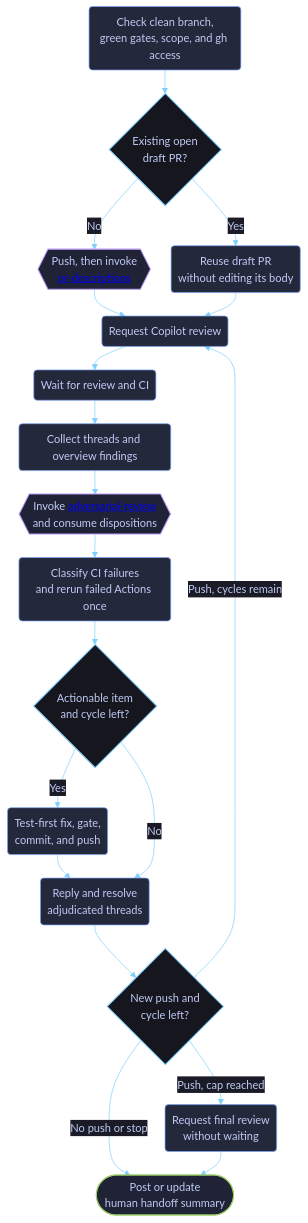
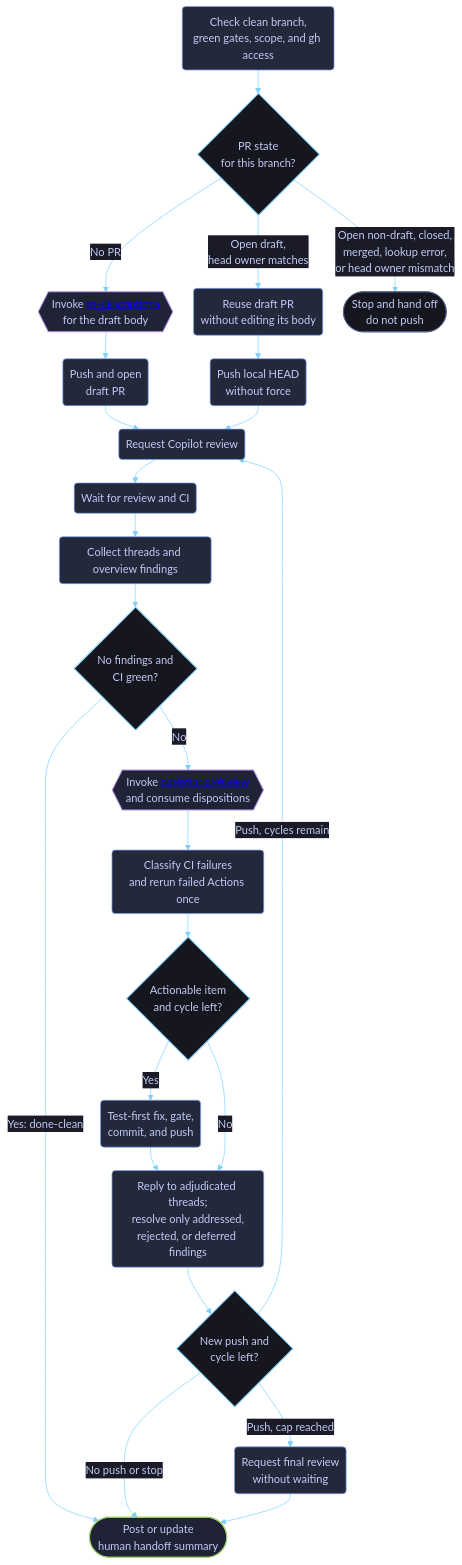
One commit to dvo-dev/copilot-guidance changed the diagram in docs/skill-workflows/copilot-review-loop.md. Above: the diagram before and after it, drawn with Mermaid. The commit also changed other lines of this file and 11 other files, not shown here.

First line of the commit message:
Land skill-workflow review fixes and ASCII synthetic examples (#15)

````diff
--- a/docs/skill-workflows/copilot-review-loop.md
+++ b/docs/skill-workflows/copilot-review-loop.md
@@ -20,32 +20,39 @@
 ```mermaid
 %%{init: {"theme":"base","themeVariables":{"background":"#1a1b26","primaryColor":"#24283b","primaryTextColor":"#c0caf5","primaryBorderColor":"#7aa2f7","secondaryColor":"#1f2335","secondaryTextColor":"#c0caf5","secondaryBorderColor":"#bb9af7","tertiaryColor":"#16161e","tertiaryTextColor":"#c0caf5","tertiaryBorderColor":"#7dcfff","lineColor":"#7dcfff","textColor":"#c0caf5","mainBkg":"#24283b","nodeBorder":"#7aa2f7","clusterBkg":"#16161e","clusterBorder":"#565f89","defaultLinkColor":"#7dcfff","edgeLabelBackground":"#1a1b26","titleColor":"#bb9af7","fontFamily":"ui-monospace, SFMono-Regular, Menlo, Monaco, Consolas, Liberation Mono, monospace"},"flowchart":{"curve":"basis","htmlLabels":true,"nodeSpacing":30,"rankSpacing":34,"padding":10}}}%%
 flowchart TD
-    A("Check clean branch,<br/>green gates, scope, and gh access") --> B{"Existing open<br/>draft PR?"}
-    B -->|No| C{{"Push, then invoke<br/><a href='https://github.com/dvo-dev/copilot-guidance/blob/main/docs/skill-workflows/pr-descriptions.md'>pr-descriptions</a>"}}
-    B -->|Yes| D("Reuse draft PR<br/>without editing its body")
-    C --> E("Request Copilot review")
-    D --> E
-    E --> F("Wait for review and CI")
-    F --> G("Collect threads and overview findings")
-    G --> H{{"Invoke <a href='https://github.com/dvo-dev/copilot-guidance/blob/main/docs/skill-workflows/adversarial-review.md'>adversarial-review</a><br/>and consume dispositions"}}
-    H --> I("Classify CI failures<br/>and rerun failed Actions once")
-    I --> J{"Actionable item<br/>and cycle left?"}
-    J -->|Yes| K("Test-first fix, gate,<br/>commit, and push")
-    K --> L("Reply and resolve<br/>adjudicated threads")
-    J -->|No| L
-    L --> M{"New push and<br/>cycle left?"}
-    M -->|No push or stop| N(["Post or update<br/>human handoff summary"])
-    M -->|Push, cycles remain| E
-    M -->|Push, cap reached| O("Request final review<br/>without waiting")
-    O --> N
+    A("Check clean branch,<br/>green gates, scope, and gh access") --> B{"PR state<br/>for this branch?"}
+    B -->|No PR| C{{"Invoke <a href='https://github.com/dvo-dev/copilot-guidance/blob/main/docs/skill-workflows/pr-descriptions.md'>pr-descriptions</a><br/>for the draft body"}}
+    C --> D("Push and open<br/>draft PR")
+    B -->|Open draft,<br/>head owner matches| E("Reuse draft PR<br/>without editing its body")
+    B -->|Open non-draft, closed,<br/>merged, lookup error,<br/>or head owner mismatch| Z(["Stop and hand off<br/>do not push"])
+    D --> F("Request Copilot review")
+    E --> P("Push local HEAD<br/>without force")
+    P --> F
+    F --> G("Wait for review and CI")
+    G --> H("Collect threads and overview findings")
+    H --> CLEAN{"No findings and<br/>CI green?"}
+    CLEAN -->|Yes: done-clean| O
+    CLEAN -->|No| I{{"Invoke <a href='https://github.com/dvo-dev/copilot-guidance/blob/main/docs/skill-workflows/adversarial-review.md'>adversarial-review</a><br/>and consume dispositions"}}
+    I --> J("Classify CI failures<br/>and rerun failed Actions once")
+    J --> K{"Actionable item<br/>and cycle left?"}
+    K -->|Yes| L("Test-first fix, gate,<br/>commit, and push")
+    L --> M("Reply to adjudicated threads;<br/>resolve only addressed,<br/>rejected, or deferred findings")
+    K -->|No| M
+    M --> N{"New push and<br/>cycle left?"}
+    N -->|No push or stop| O(["Post or update<br/>human handoff summary"])
+    N -->|Push, cycles remain| F
+    N -->|Push, cap reached| Q("Request final review<br/>without waiting")
+    Q --> O
 
     classDef stage fill:#24283b,stroke:#7aa2f7,stroke-width:1px,color:#c0caf5;
     classDef delegated fill:#1f2335,stroke:#bb9af7,stroke-width:1.5px,color:#c0caf5;
-    classDef human fill:#1f2335,stroke:#9ece6a,stroke-width:1.5px,color:#c0caf5;
+    classDef outcome fill:#1f2335,stroke:#9ece6a,stroke-width:1.5px,color:#c0caf5;
+    classDef terminal fill:#16161e,stroke:#565f89,stroke-width:1px,color:#c0caf5;
     classDef decision fill:#16161e,stroke:#7dcfff,stroke-width:1.5px,color:#c0caf5;
-    class A,D,E,F,G,I,K,L,O stage;
-    class C,H delegated;
-    class N human;
-    class B,J,M decision;
+    class A,D,E,F,G,H,J,L,M,P,Q stage;
+    class C,I delegated;
+    class O outcome;
+    class Z terminal;
+    class B,CLEAN,K,N decision;
 
 ```
````
